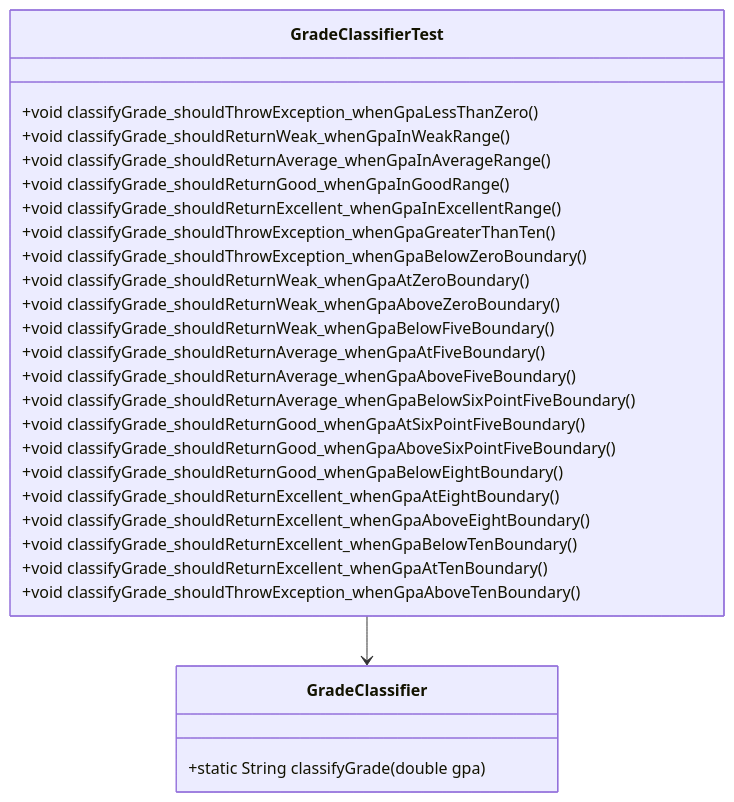
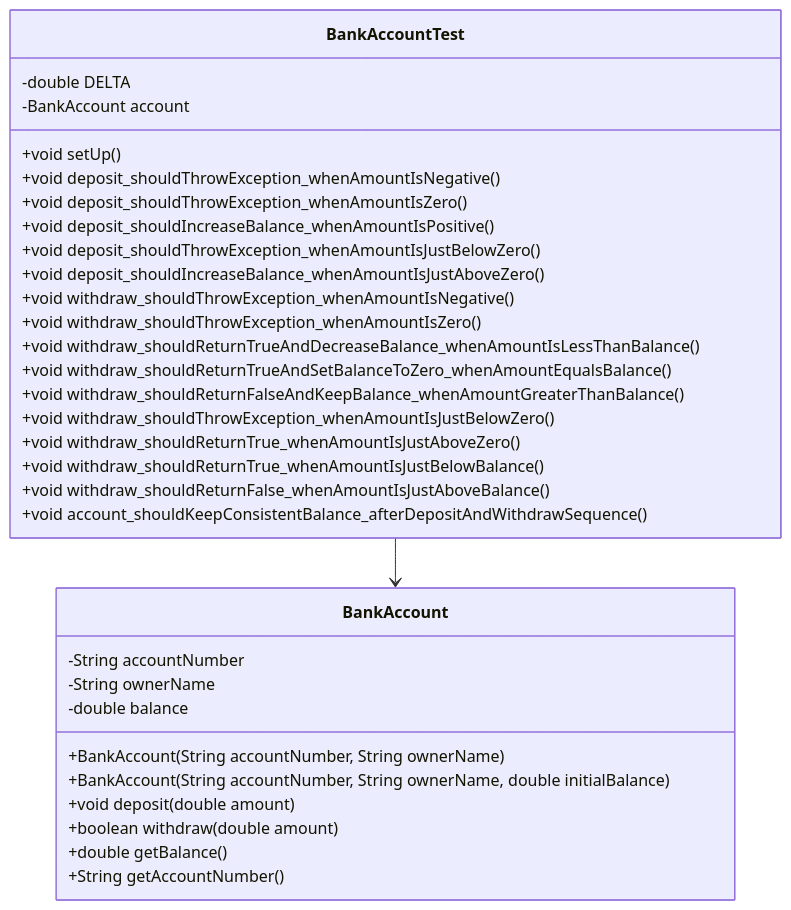
Before and after one commit to cecon123/ltnc-uet: the diagram in Week8/Bai10/README.md, drawn with Mermaid. The commit also changed other lines of this file, not shown here.

````diff
--- a/Week8/Bai10/README.md
+++ b/Week8/Bai10/README.md
@@ -118,32 +207,37 @@
 ```mermaid
 classDiagram
-    class GradeClassifier {
-        +static String classifyGrade(double gpa)
+    class BankAccount {
+        -String accountNumber
+        -String ownerName
+        -double balance
+        +BankAccount(String accountNumber, String ownerName)
+        +BankAccount(String accountNumber, String ownerName, double initialBalance)
+        +void deposit(double amount)
+        +boolean withdraw(double amount)
+        +double getBalance()
+        +String getAccountNumber()
     }
 
-    class GradeClassifierTest {
-        +void classifyGrade_shouldThrowException_whenGpaLessThanZero()
-        +void classifyGrade_shouldReturnWeak_whenGpaInWeakRange()
-        +void classifyGrade_shouldReturnAverage_whenGpaInAverageRange()
-        +void classifyGrade_shouldReturnGood_whenGpaInGoodRange()
-        +void classifyGrade_shouldReturnExcellent_whenGpaInExcellentRange()
-        +void classifyGrade_shouldThrowException_whenGpaGreaterThanTen()
-        +void classifyGrade_shouldThrowException_whenGpaBelowZeroBoundary()
-        +void classifyGrade_shouldReturnWeak_whenGpaAtZeroBoundary()
-        +void classifyGrade_shouldReturnWeak_whenGpaAboveZeroBoundary()
-        +void classifyGrade_shouldReturnWeak_whenGpaBelowFiveBoundary()
-        +void classifyGrade_shouldReturnAverage_whenGpaAtFiveBoundary()
-        +void classifyGrade_shouldReturnAverage_whenGpaAboveFiveBoundary()
-        +void classifyGrade_shouldReturnAverage_whenGpaBelowSixPointFiveBoundary()
-        +void classifyGrade_shouldReturnGood_whenGpaAtSixPointFiveBoundary()
-        +void classifyGrade_shouldReturnGood_whenGpaAboveSixPointFiveBoundary()
-        +void classifyGrade_shouldReturnGood_whenGpaBelowEightBoundary()
-        +void classifyGrade_shouldReturnExcellent_whenGpaAtEightBoundary()
-        +void classifyGrade_shouldReturnExcellent_whenGpaAboveEightBoundary()
-        +void classifyGrade_shouldReturnExcellent_whenGpaBelowTenBoundary()
-        +void classifyGrade_shouldReturnExcellent_whenGpaAtTenBoundary()
-        +void classifyGrade_shouldThrowException_whenGpaAboveTenBoundary()
+    class BankAccountTest {
+        -double DELTA
+        -BankAccount account
+        +void setUp()
+        +void deposit_shouldThrowException_whenAmountIsNegative()
+        +void deposit_shouldThrowException_whenAmountIsZero()
+        +void deposit_shouldIncreaseBalance_whenAmountIsPositive()
+        +void deposit_shouldThrowException_whenAmountIsJustBelowZero()
+        +void deposit_shouldIncreaseBalance_whenAmountIsJustAboveZero()
+        +void withdraw_shouldThrowException_whenAmountIsNegative()
+        +void withdraw_shouldThrowException_whenAmountIsZero()
+        +void withdraw_shouldReturnTrueAndDecreaseBalance_whenAmountIsLessThanBalance()
+        +void withdraw_shouldReturnTrueAndSetBalanceToZero_whenAmountEqualsBalance()
+        +void withdraw_shouldReturnFalseAndKeepBalance_whenAmountGreaterThanBalance()
+        +void withdraw_shouldThrowException_whenAmountIsJustBelowZero()
+        +void withdraw_shouldReturnTrue_whenAmountIsJustAboveZero()
+        +void withdraw_shouldReturnTrue_whenAmountIsJustBelowBalance()
+        +void withdraw_shouldReturnFalse_whenAmountIsJustAboveBalance()
+        +void account_shouldKeepConsistentBalance_afterDepositAndWithdrawSequence()
     }
 
-    GradeClassifierTest --> GradeClassifier
+    BankAccountTest --> BankAccount
 ```
````
